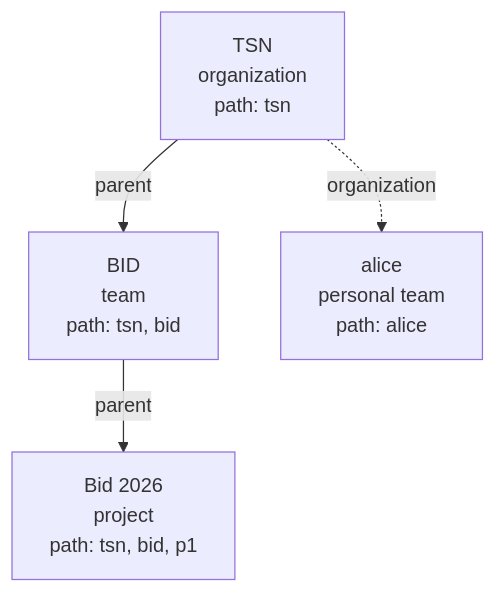
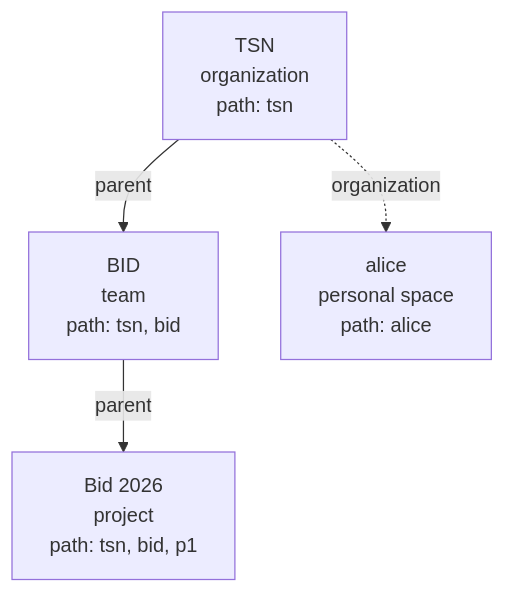
The diagram in docs/architecture/A8-organizations.md (ThalesGroup/fred), drawn with Mermaid before and after one commit. The commit also changed other lines of this file and 30 other files, not shown here.

````diff
--- a/docs/architecture/A8-organizations.md
+++ b/docs/architecture/A8-organizations.md
@@ -100,10 +106,10 @@
 ```mermaid
 flowchart TB
     tsn["TSN<br/>organization<br/>path: tsn"]
     bid["BID<br/>team<br/>path: tsn, bid"]
-    alice["alice<br/>personal team<br/>path: alice"]
+    alice["alice<br/>personal space<br/>path: alice"]
     p1["Bid 2026<br/>project<br/>path: tsn, bid, p1"]
     tsn -- parent --> bid
     bid -- parent --> p1
     tsn -. organization .-> alice
 ```
````
